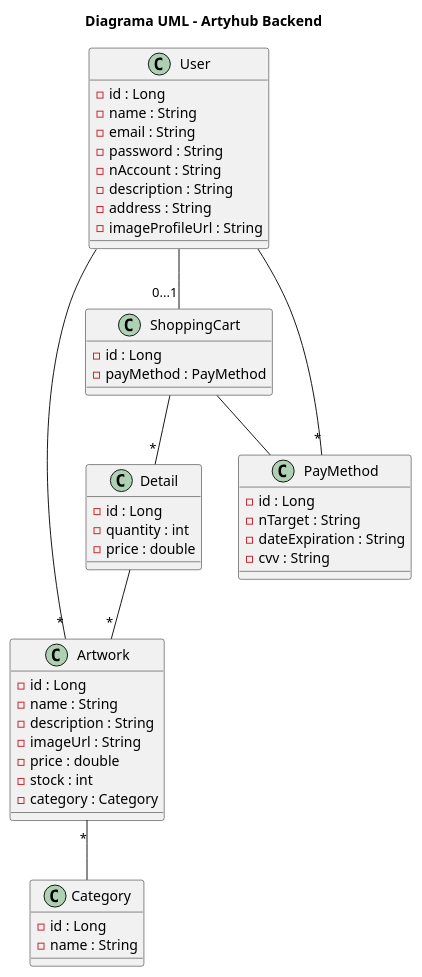
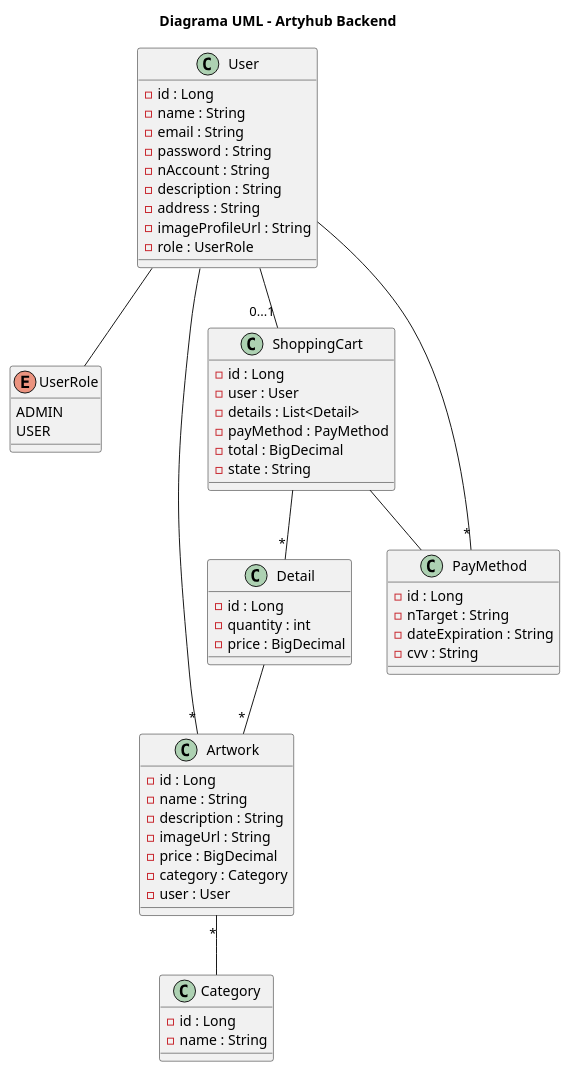
One commit to ArtyHub-Mislata/tienda-back changed the diagram in docs/uml/artyhub-back.puml. Above: the diagram before and after it, drawn with PlantUML. The commit also changed 1 other file, not shown here.

Commit message:
fix(ArtyHub-Mislata/sprints#12): Arreglado el uml de la aplicación

```diff
--- a/docs/uml/artyhub-back.puml
+++ b/docs/uml/artyhub-back.puml
@@ -1,57 +1,72 @@
 @startuml
 
 title Diagrama UML - Artyhub Backend
 
 class User {
     - id : Long
     - name : String
     - email : String
     - password : String
     - nAccount : String
     - description : String
     - address : String
     - imageProfileUrl : String
+    - role : UserRole
+}
+
+enum UserRole {
+    ADMIN
+    USER
 }
 
 class Artwork {
     - id : Long
     - name : String
     - description : String
     - imageUrl : String
-    - price : double
-    - stock : int
+    - price : BigDecimal
     - category : Category
+    - user : User
 }
 
 class Category {
     - id : Long
     - name : String
 }
 
 class Detail {
     - id : Long
     - quantity : int
-    - price : double
+    - price : BigDecimal
 }
 
 class ShoppingCart {
     - id : Long
+    - user : User
+    - details : List<Detail>
     - payMethod : PayMethod
+    - total : BigDecimal
+    - state : String
 }
 
 class PayMethod {
     - id : Long
     - nTarget : String
     - dateExpiration : String
     - cvv : String
 }
 
 User -- "*" Artwork
 User -- "0...1" ShoppingCart
-ShoppingCart -- "*" Detail
-Detail -- "*" Artwork
-ShoppingCart -- PayMethod
 User -- "*" PayMethod
+User -- UserRole
+
 Artwork "*" -- Category
 
+ShoppingCart -- "*" Detail
+ShoppingCart -- PayMethod
+
+Detail -- "*" Artwork
+
+
 @enduml
```
